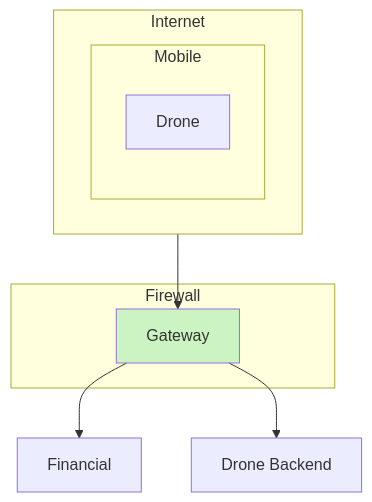
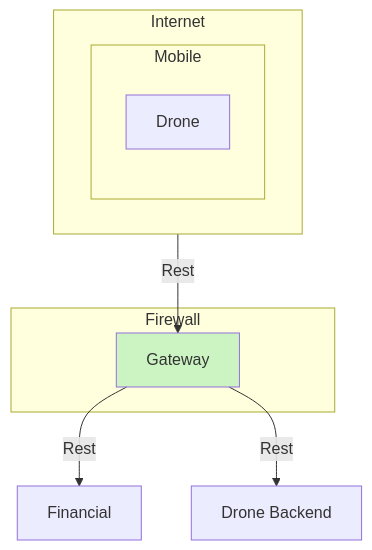
Before and after one commit to spaceomid/Documentation: the first of 2 diagrams in docs/Drone/Description.md, drawn with Mermaid. The commit also changed other lines of this file, not shown here.

Commit message:
update drone

````diff
--- a/docs/Drone/Description.md
+++ b/docs/Drone/Description.md
@@ -7,25 +7,25 @@
 ``` mermaid
 flowchart TB
     
     classDef Elk fill:#d500f933;
     
     style Gateway fill:#00c85333
     
     subgraph Internet
     
     subgraph Mobile
     Drone
     end
     
     end
     
         
     subgraph Firewall
     Gateway
     end
     
-    Internet --> Gateway
-    Gateway --> Financial
-    Gateway --> DroneBackend[Drone Backend]
+    Internet --Rest--> Gateway
+    Gateway --Rest--> Financial
+    Gateway --Rest--> DroneBackend[Drone Backend]
     
 ``` 
````
